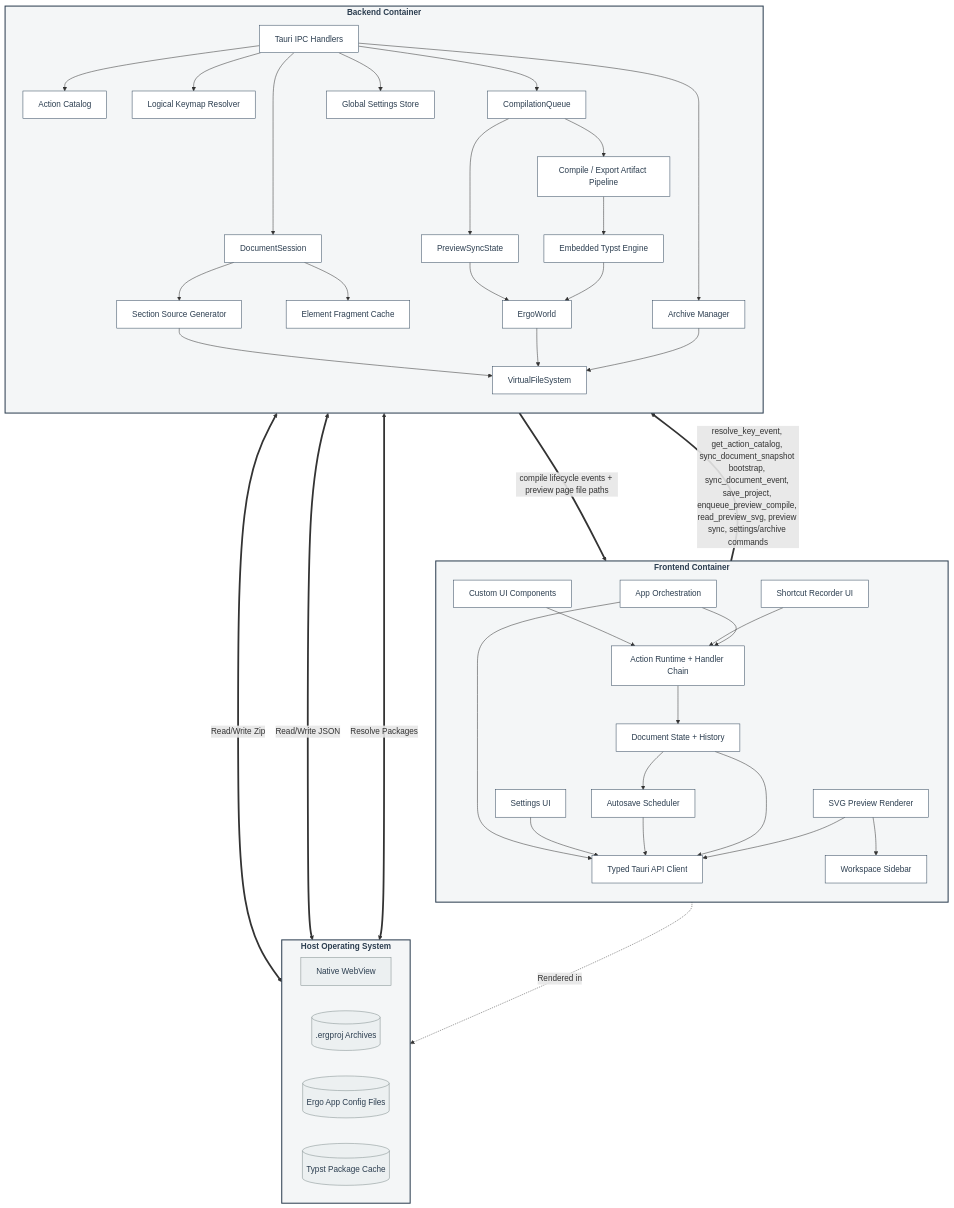
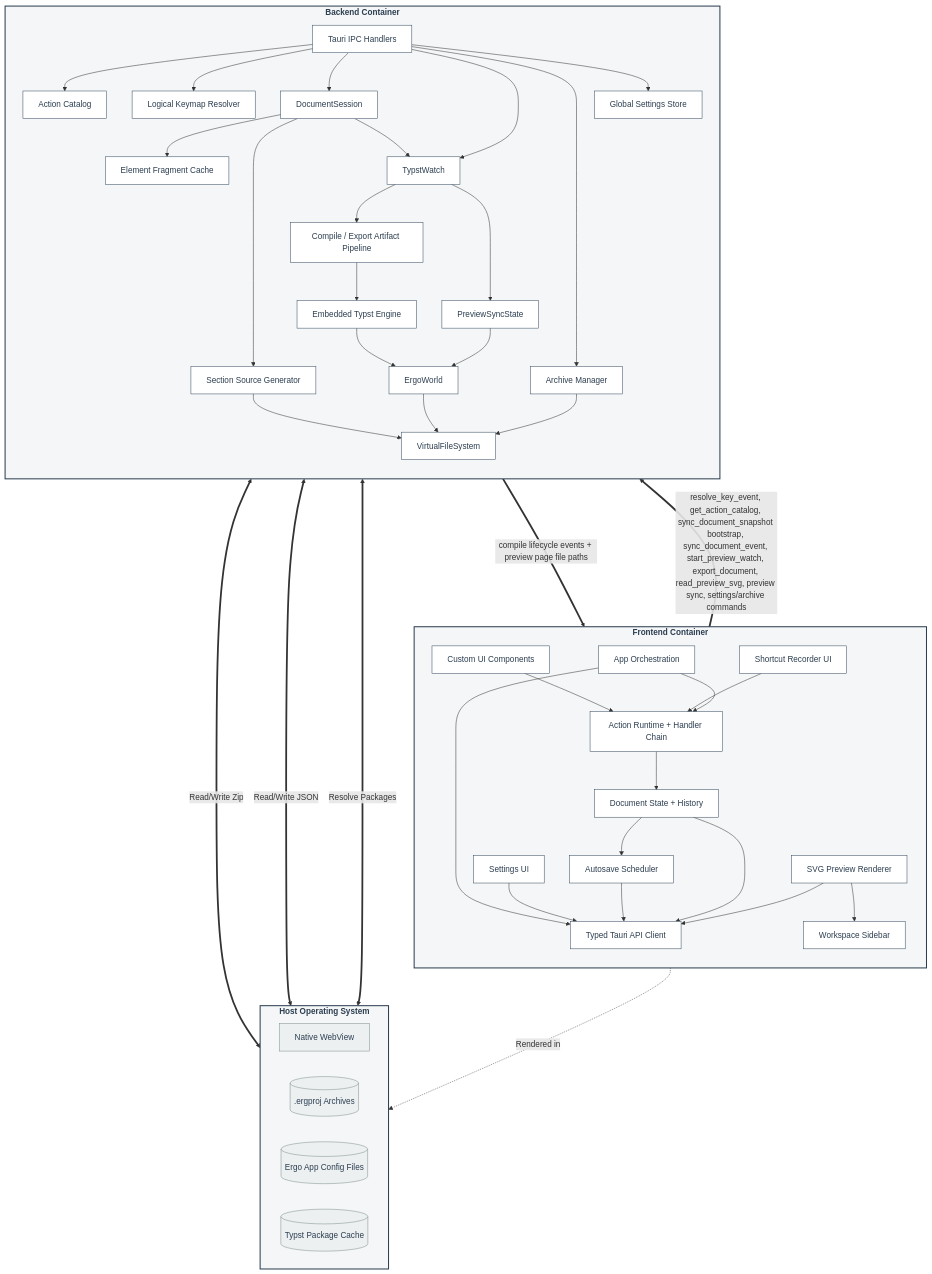
One commit to andmoreduro/ergo changed the diagram in context/component-diagram.md. Above: the diagram before and after it, drawn with Mermaid. The commit also changed other lines of this file and 7 other files, not shown here.

First line of the commit message:
docs: align architecture diagrams with TypstWatch and resource previews

```diff
--- a/context/component-diagram.md
+++ b/context/component-diagram.md
@@ -60,7 +60,7 @@
         FragmentCache["Element Fragment Cache"]:::comp
         SourceGen["Section Source Generator"]:::comp
         VFS["VirtualFileSystem"]:::comp
-        Queue["CompilationQueue"]:::comp
+        TypstWatch["TypstWatch"]:::comp
         ArtifactPipeline["Compile / Export Artifact Pipeline"]:::comp
         PreviewSync["PreviewSyncState"]:::comp
         World["ErgoWorld"]:::comp
@@ -73,15 +73,16 @@
         Handlers --> ActionCatalog
         Handlers --> KeyResolver
         Handlers --> Session
-        Handlers --> Queue
+        Handlers --> TypstWatch
         Handlers --> Archive
         Handlers --> SettingsStore
         Session --> FragmentCache
         Session --> SourceGen
         SourceGen --> VFS
-        Queue --> ArtifactPipeline
+        Session --> TypstWatch
+        TypstWatch --> ArtifactPipeline
         ArtifactPipeline --> Compiler
-        Queue --> PreviewSync
+        TypstWatch --> PreviewSync
         PreviewSync --> World
         Compiler --> World
         World --> VFS
@@ -97,7 +98,7 @@
     end
 
     Frontend -. "Rendered in" .-> WebView
-    TauriClient == "resolve_key_event, get_action_catalog, sync_document_snapshot bootstrap, sync_document_event, save_project, enqueue_preview_compile, read_preview_svg, preview sync, settings/archive commands" ==> Handlers
+    TauriClient == "resolve_key_event, get_action_catalog, sync_document_snapshot bootstrap, sync_document_event, start_preview_watch, export_document, read_preview_svg, preview sync, settings/archive commands" ==> Handlers
     Handlers == "compile lifecycle events + preview page file paths" ==> TauriClient
     Archive <== "Read/Write Zip" ==> ProjectFiles
     SettingsStore <== "Read/Write JSON" ==> SettingsFile
```
